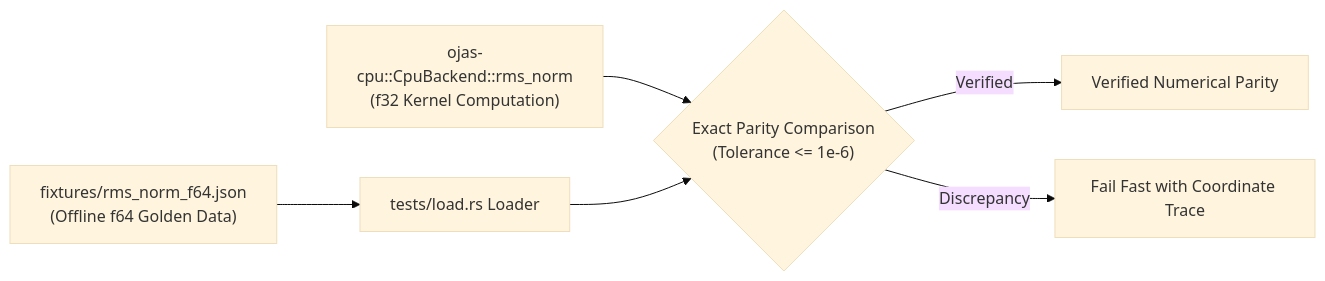
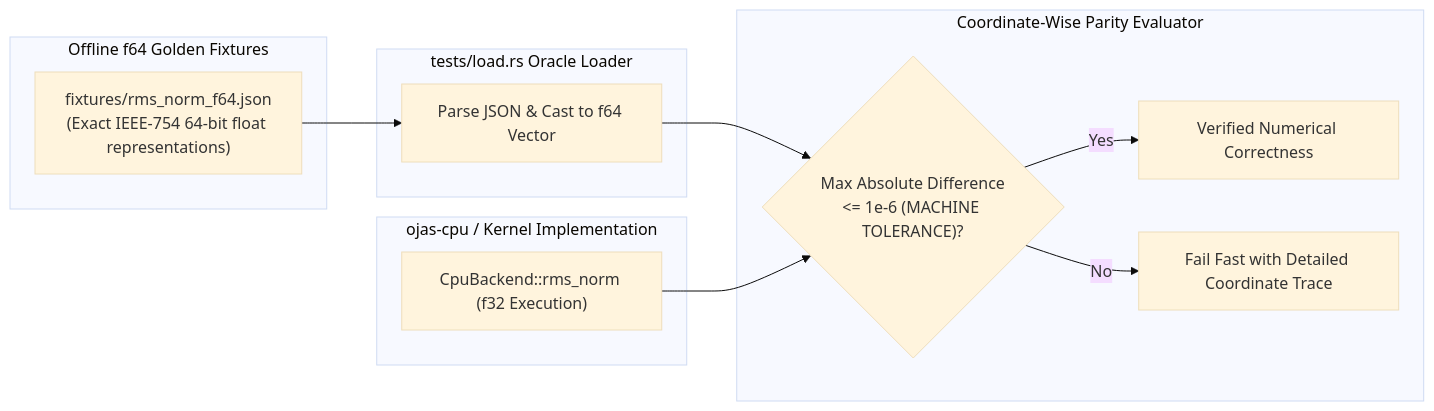
The diagram in ojas-oracle/README.md (bharathvbcr/ojas), drawn with Mermaid (base theme) before and after one commit. The commit also changed other lines of this file and 341 other files, not shown here.

````diff
--- a/ojas-oracle/README.md
+++ b/ojas-oracle/README.md
@@ -9,8 +9,26 @@
 ```mermaid
 flowchart LR
-    Fixture["fixtures/rms_norm_f64.json\n(Offline f64 Golden Data)"] --> Loader["tests/load.rs Loader"]
-    Kernel["ojas-cpu::CpuBackend::rms_norm\n(f32 Kernel Computation)"] --> ParityCheck{"Exact Parity Comparison\n(Tolerance <= 1e-6)"}
-    Loader --> ParityCheck
-    ParityCheck -->|Verified| Pass["Verified Numerical Parity"]
-    ParityCheck -->|Discrepancy| Fail["Fail Fast with Coordinate Trace"]
+    subgraph OfflineData["Offline f64 Golden Fixtures"]
+        JSON["fixtures/rms_norm_f64.json\n(Exact IEEE-754 64-bit float representations)"]
+    end
+
+    subgraph Loader["tests/load.rs Oracle Loader"]
+        Parse["Parse JSON & Cast to f64 Vector"]
+    end
+
+    subgraph TargetKernel["ojas-cpu / Kernel Implementation"]
+        Kernel["CpuBackend::rms_norm (f32 Execution)"]
+    end
+
+    subgraph ParityEvaluator["Coordinate-Wise Parity Evaluator"]
+        Compare{"Max Absolute Difference\n<= 1e-6 (MACHINE TOLERANCE)?"}
+        Pass["Verified Numerical Correctness"]
+        Fail["Fail Fast with Detailed Coordinate Trace"]
+    end
+
+    JSON --> Parse
+    Parse --> Compare
+    Kernel --> Compare
+    Compare -->|Yes| Pass
+    Compare -->|No| Fail
 ```
````
